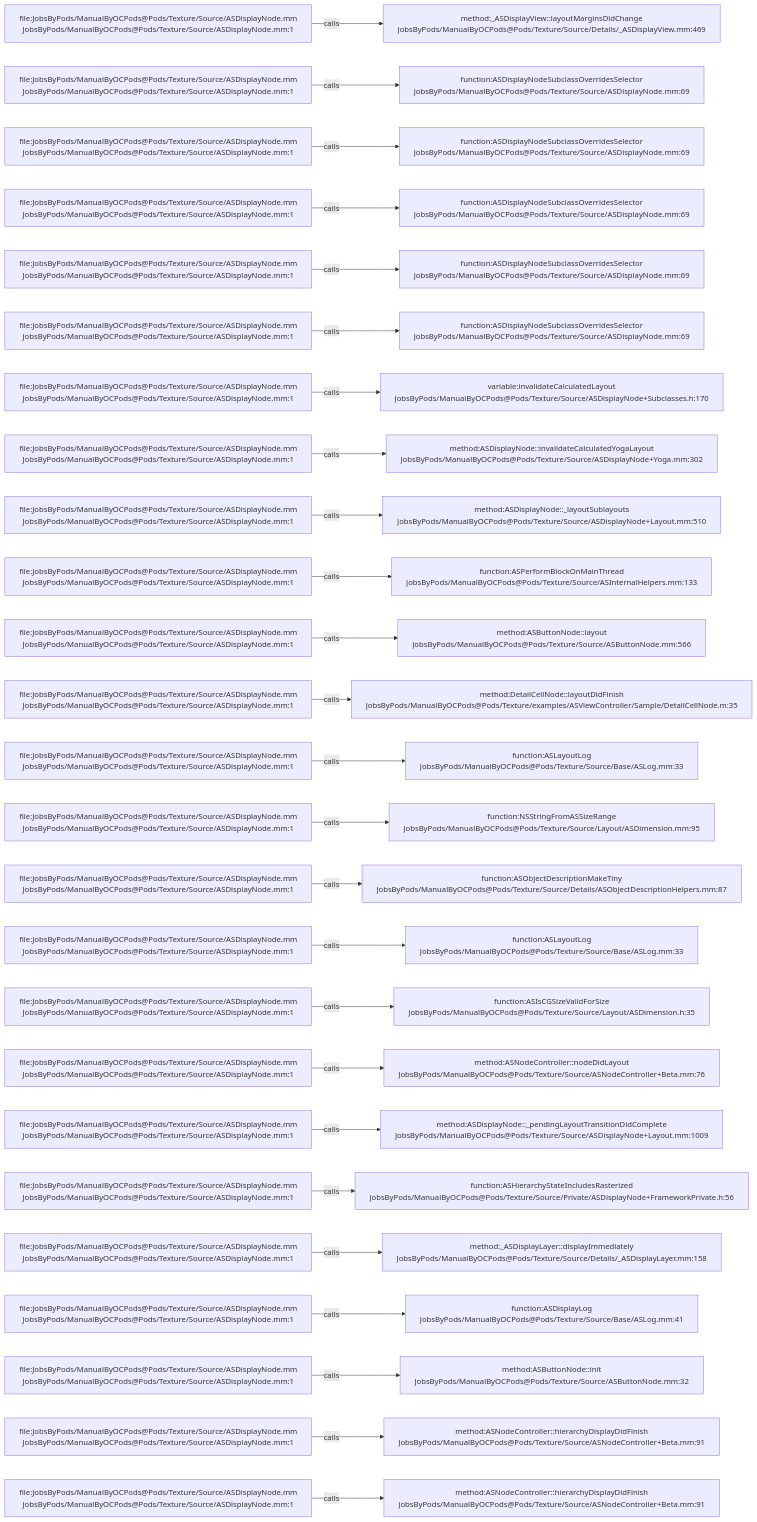
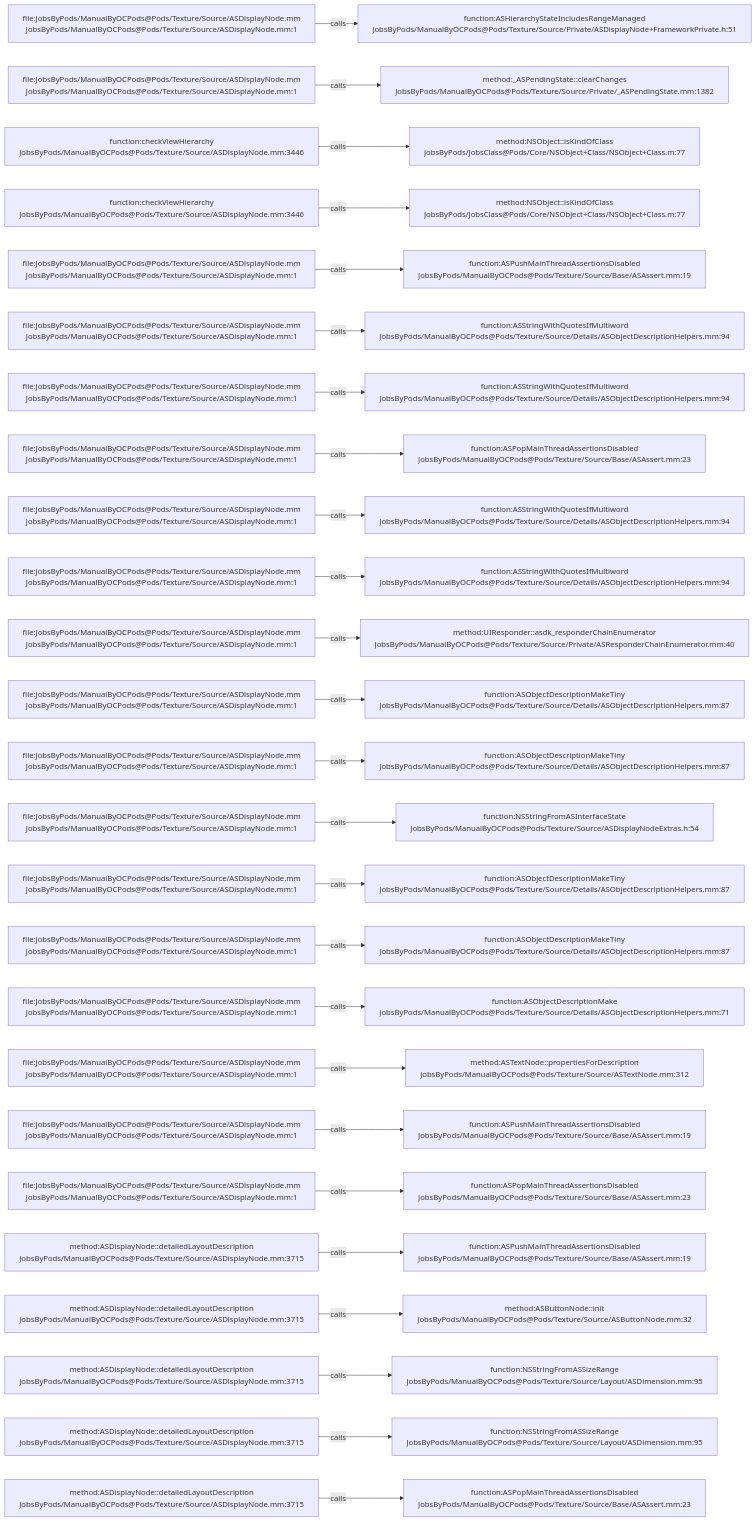
One commit to JobsKits/JobsOCBaseConfigDemo changed the diagram in .codegraph/codegraph.md/graphs/calls-106.md. Above: the diagram before and after it, drawn with Mermaid. The commit also changed 1223 other files, not shown here.

````diff
--- a/.codegraph/codegraph.md/graphs/calls-106.md
+++ b/.codegraph/codegraph.md/graphs/calls-106.md
@@ -13,78 +13,78 @@
 ```mermaid
 flowchart LR
   S1["file:JobsByPods/ManualByOCPods@Pods/Texture/Source/ASDisplayNode.mm<br/>JobsByPods/ManualByOCPods@Pods/Texture/Source/ASDisplayNode.mm:1"]
-  T1["method:_ASDisplayView::layoutMarginsDidChange<br/>JobsByPods/ManualByOCPods@Pods/Texture/Source/Details/_ASDisplayView.mm:469"]
+  T1["function:ASHierarchyStateIncludesRangeManaged<br/>JobsByPods/ManualByOCPods@Pods/Texture/Source/Private/ASDisplayNode+FrameworkPrivate.h:51"]
   S1 -->|calls| T1
   S2["file:JobsByPods/ManualByOCPods@Pods/Texture/Source/ASDisplayNode.mm<br/>JobsByPods/ManualByOCPods@Pods/Texture/Source/ASDisplayNode.mm:1"]
-  T2["function:ASDisplayNodeSubclassOverridesSelector<br/>JobsByPods/ManualByOCPods@Pods/Texture/Source/ASDisplayNode.mm:69"]
+  T2["method:_ASPendingState::clearChanges<br/>JobsByPods/ManualByOCPods@Pods/Texture/Source/Private/_ASPendingState.mm:1382"]
   S2 -->|calls| T2
-  S3["file:JobsByPods/ManualByOCPods@Pods/Texture/Source/ASDisplayNode.mm<br/>JobsByPods/ManualByOCPods@Pods/Texture/Source/ASDisplayNode.mm:1"]
-  T3["function:ASDisplayNodeSubclassOverridesSelector<br/>JobsByPods/ManualByOCPods@Pods/Texture/Source/ASDisplayNode.mm:69"]
+  S3["function:checkViewHierarchy<br/>JobsByPods/ManualByOCPods@Pods/Texture/Source/ASDisplayNode.mm:3446"]
+  T3["method:NSObject::isKindOfClass<br/>JobsByPods/JobsClass@Pods/Core/NSObject+Class/NSObject+Class.m:77"]
   S3 -->|calls| T3
-  S4["file:JobsByPods/ManualByOCPods@Pods/Texture/Source/ASDisplayNode.mm<br/>JobsByPods/ManualByOCPods@Pods/Texture/Source/ASDisplayNode.mm:1"]
-  T4["function:ASDisplayNodeSubclassOverridesSelector<br/>JobsByPods/ManualByOCPods@Pods/Texture/Source/ASDisplayNode.mm:69"]
+  S4["function:checkViewHierarchy<br/>JobsByPods/ManualByOCPods@Pods/Texture/Source/ASDisplayNode.mm:3446"]
+  T4["method:NSObject::isKindOfClass<br/>JobsByPods/JobsClass@Pods/Core/NSObject+Class/NSObject+Class.m:77"]
   S4 -->|calls| T4
   S5["file:JobsByPods/ManualByOCPods@Pods/Texture/Source/ASDisplayNode.mm<br/>JobsByPods/ManualByOCPods@Pods/Texture/Source/ASDisplayNode.mm:1"]
-  T5["function:ASDisplayNodeSubclassOverridesSelector<br/>JobsByPods/ManualByOCPods@Pods/Texture/Source/ASDisplayNode.mm:69"]
+  T5["function:ASPushMainThreadAssertionsDisabled<br/>JobsByPods/ManualByOCPods@Pods/Texture/Source/Base/ASAssert.mm:19"]
   S5 -->|calls| T5
   S6["file:JobsByPods/ManualByOCPods@Pods/Texture/Source/ASDisplayNode.mm<br/>JobsByPods/ManualByOCPods@Pods/Texture/Source/ASDisplayNode.mm:1"]
-  T6["function:ASDisplayNodeSubclassOverridesSelector<br/>JobsByPods/ManualByOCPods@Pods/Texture/Source/ASDisplayNode.mm:69"]
+  T6["function:ASStringWithQuotesIfMultiword<br/>JobsByPods/ManualByOCPods@Pods/Texture/Source/Details/ASObjectDescriptionHelpers.mm:94"]
   S6 -->|calls| T6
   S7["file:JobsByPods/ManualByOCPods@Pods/Texture/Source/ASDisplayNode.mm<br/>JobsByPods/ManualByOCPods@Pods/Texture/Source/ASDisplayNode.mm:1"]
-  T7["variable:invalidateCalculatedLayout<br/>JobsByPods/ManualByOCPods@Pods/Texture/Source/ASDisplayNode+Subclasses.h:170"]
+  T7["function:ASStringWithQuotesIfMultiword<br/>JobsByPods/ManualByOCPods@Pods/Texture/Source/Details/ASObjectDescriptionHelpers.mm:94"]
   S7 -->|calls| T7
   S8["file:JobsByPods/ManualByOCPods@Pods/Texture/Source/ASDisplayNode.mm<br/>JobsByPods/ManualByOCPods@Pods/Texture/Source/ASDisplayNode.mm:1"]
-  T8["method:ASDisplayNode::invalidateCalculatedYogaLayout<br/>JobsByPods/ManualByOCPods@Pods/Texture/Source/ASDisplayNode+Yoga.mm:302"]
+  T8["function:ASPopMainThreadAssertionsDisabled<br/>JobsByPods/ManualByOCPods@Pods/Texture/Source/Base/ASAssert.mm:23"]
   S8 -->|calls| T8
   S9["file:JobsByPods/ManualByOCPods@Pods/Texture/Source/ASDisplayNode.mm<br/>JobsByPods/ManualByOCPods@Pods/Texture/Source/ASDisplayNode.mm:1"]
-  T9["method:ASDisplayNode::_layoutSublayouts<br/>JobsByPods/ManualByOCPods@Pods/Texture/Source/ASDisplayNode+Layout.mm:510"]
+  T9["function:ASStringWithQuotesIfMultiword<br/>JobsByPods/ManualByOCPods@Pods/Texture/Source/Details/ASObjectDescriptionHelpers.mm:94"]
   S9 -->|calls| T9
   S10["file:JobsByPods/ManualByOCPods@Pods/Texture/Source/ASDisplayNode.mm<br/>JobsByPods/ManualByOCPods@Pods/Texture/Source/ASDisplayNode.mm:1"]
-  T10["function:ASPerformBlockOnMainThread<br/>JobsByPods/ManualByOCPods@Pods/Texture/Source/ASInternalHelpers.mm:133"]
+  T10["function:ASStringWithQuotesIfMultiword<br/>JobsByPods/ManualByOCPods@Pods/Texture/Source/Details/ASObjectDescriptionHelpers.mm:94"]
   S10 -->|calls| T10
   S11["file:JobsByPods/ManualByOCPods@Pods/Texture/Source/ASDisplayNode.mm<br/>JobsByPods/ManualByOCPods@Pods/Texture/Source/ASDisplayNode.mm:1"]
-  T11["method:ASButtonNode::layout<br/>JobsByPods/ManualByOCPods@Pods/Texture/Source/ASButtonNode.mm:566"]
+  T11["method:UIResponder::asdk_responderChainEnumerator<br/>JobsByPods/ManualByOCPods@Pods/Texture/Source/Private/ASResponderChainEnumerator.mm:40"]
   S11 -->|calls| T11
   S12["file:JobsByPods/ManualByOCPods@Pods/Texture/Source/ASDisplayNode.mm<br/>JobsByPods/ManualByOCPods@Pods/Texture/Source/ASDisplayNode.mm:1"]
-  T12["method:DetailCellNode::layoutDidFinish<br/>JobsByPods/ManualByOCPods@Pods/Texture/examples/ASViewController/Sample/DetailCellNode.m:35"]
+  T12["function:ASObjectDescriptionMakeTiny<br/>JobsByPods/ManualByOCPods@Pods/Texture/Source/Details/ASObjectDescriptionHelpers.mm:87"]
   S12 -->|calls| T12
   S13["file:JobsByPods/ManualByOCPods@Pods/Texture/Source/ASDisplayNode.mm<br/>JobsByPods/ManualByOCPods@Pods/Texture/Source/ASDisplayNode.mm:1"]
-  T13["function:ASLayoutLog<br/>JobsByPods/ManualByOCPods@Pods/Texture/Source/Base/ASLog.mm:33"]
+  T13["function:ASObjectDescriptionMakeTiny<br/>JobsByPods/ManualByOCPods@Pods/Texture/Source/Details/ASObjectDescriptionHelpers.mm:87"]
   S13 -->|calls| T13
   S14["file:JobsByPods/ManualByOCPods@Pods/Texture/Source/ASDisplayNode.mm<br/>JobsByPods/ManualByOCPods@Pods/Texture/Source/ASDisplayNode.mm:1"]
-  T14["function:NSStringFromASSizeRange<br/>JobsByPods/ManualByOCPods@Pods/Texture/Source/Layout/ASDimension.mm:95"]
+  T14["function:NSStringFromASInterfaceState<br/>JobsByPods/ManualByOCPods@Pods/Texture/Source/ASDisplayNodeExtras.h:54"]
   S14 -->|calls| T14
   S15["file:JobsByPods/ManualByOCPods@Pods/Texture/Source/ASDisplayNode.mm<br/>JobsByPods/ManualByOCPods@Pods/Texture/Source/ASDisplayNode.mm:1"]
   T15["function:ASObjectDescriptionMakeTiny<br/>JobsByPods/ManualByOCPods@Pods/Texture/Source/Details/ASObjectDescriptionHelpers.mm:87"]
   S15 -->|calls| T15
   S16["file:JobsByPods/ManualByOCPods@Pods/Texture/Source/ASDisplayNode.mm<br/>JobsByPods/ManualByOCPods@Pods/Texture/Source/ASDisplayNode.mm:1"]
-  T16["function:ASLayoutLog<br/>JobsByPods/ManualByOCPods@Pods/Texture/Source/Base/ASLog.mm:33"]
+  T16["function:ASObjectDescriptionMakeTiny<br/>JobsByPods/ManualByOCPods@Pods/Texture/Source/Details/ASObjectDescriptionHelpers.mm:87"]
   S16 -->|calls| T16
   S17["file:JobsByPods/ManualByOCPods@Pods/Texture/Source/ASDisplayNode.mm<br/>JobsByPods/ManualByOCPods@Pods/Texture/Source/ASDisplayNode.mm:1"]
-  T17["function:ASIsCGSizeValidForSize<br/>JobsByPods/ManualByOCPods@Pods/Texture/Source/Layout/ASDimension.h:35"]
+  T17["function:ASObjectDescriptionMake<br/>JobsByPods/ManualByOCPods@Pods/Texture/Source/Details/ASObjectDescriptionHelpers.mm:71"]
   S17 -->|calls| T17
   S18["file:JobsByPods/ManualByOCPods@Pods/Texture/Source/ASDisplayNode.mm<br/>JobsByPods/ManualByOCPods@Pods/Texture/Source/ASDisplayNode.mm:1"]
-  T18["method:ASNodeController::nodeDidLayout<br/>JobsByPods/ManualByOCPods@Pods/Texture/Source/ASNodeController+Beta.mm:76"]
+  T18["method:ASTextNode::propertiesForDescription<br/>JobsByPods/ManualByOCPods@Pods/Texture/Source/ASTextNode.mm:312"]
   S18 -->|calls| T18
   S19["file:JobsByPods/ManualByOCPods@Pods/Texture/Source/ASDisplayNode.mm<br/>JobsByPods/ManualByOCPods@Pods/Texture/Source/ASDisplayNode.mm:1"]
-  T19["method:ASDisplayNode::_pendingLayoutTransitionDidComplete<br/>JobsByPods/ManualByOCPods@Pods/Texture/Source/ASDisplayNode+Layout.mm:1009"]
+  T19["function:ASPushMainThreadAssertionsDisabled<br/>JobsByPods/ManualByOCPods@Pods/Texture/Source/Base/ASAssert.mm:19"]
   S19 -->|calls| T19
   S20["file:JobsByPods/ManualByOCPods@Pods/Texture/Source/ASDisplayNode.mm<br/>JobsByPods/ManualByOCPods@Pods/Texture/Source/ASDisplayNode.mm:1"]
-  T20["function:ASHierarchyStateIncludesRasterized<br/>JobsByPods/ManualByOCPods@Pods/Texture/Source/Private/ASDisplayNode+FrameworkPrivate.h:56"]
+  T20["function:ASPopMainThreadAssertionsDisabled<br/>JobsByPods/ManualByOCPods@Pods/Texture/Source/Base/ASAssert.mm:23"]
   S20 -->|calls| T20
-  S21["file:JobsByPods/ManualByOCPods@Pods/Texture/Source/ASDisplayNode.mm<br/>JobsByPods/ManualByOCPods@Pods/Texture/Source/ASDisplayNode.mm:1"]
-  T21["method:_ASDisplayLayer::displayImmediately<br/>JobsByPods/ManualByOCPods@Pods/Texture/Source/Details/_ASDisplayLayer.mm:158"]
+  S21["method:ASDisplayNode::detailedLayoutDescription<br/>JobsByPods/ManualByOCPods@Pods/Texture/Source/ASDisplayNode.mm:3715"]
+  T21["function:ASPushMainThreadAssertionsDisabled<br/>JobsByPods/ManualByOCPods@Pods/Texture/Source/Base/ASAssert.mm:19"]
   S21 -->|calls| T21
-  S22["file:JobsByPods/ManualByOCPods@Pods/Texture/Source/ASDisplayNode.mm<br/>JobsByPods/ManualByOCPods@Pods/Texture/Source/ASDisplayNode.mm:1"]
-  T22["function:ASDisplayLog<br/>JobsByPods/ManualByOCPods@Pods/Texture/Source/Base/ASLog.mm:41"]
+  S22["method:ASDisplayNode::detailedLayoutDescription<br/>JobsByPods/ManualByOCPods@Pods/Texture/Source/ASDisplayNode.mm:3715"]
+  T22["method:ASButtonNode::init<br/>JobsByPods/ManualByOCPods@Pods/Texture/Source/ASButtonNode.mm:32"]
   S22 -->|calls| T22
-  S23["file:JobsByPods/ManualByOCPods@Pods/Texture/Source/ASDisplayNode.mm<br/>JobsByPods/ManualByOCPods@Pods/Texture/Source/ASDisplayNode.mm:1"]
-  T23["method:ASButtonNode::init<br/>JobsByPods/ManualByOCPods@Pods/Texture/Source/ASButtonNode.mm:32"]
+  S23["method:ASDisplayNode::detailedLayoutDescription<br/>JobsByPods/ManualByOCPods@Pods/Texture/Source/ASDisplayNode.mm:3715"]
+  T23["function:NSStringFromASSizeRange<br/>JobsByPods/ManualByOCPods@Pods/Texture/Source/Layout/ASDimension.mm:95"]
   S23 -->|calls| T23
-  S24["file:JobsByPods/ManualByOCPods@Pods/Texture/Source/ASDisplayNode.mm<br/>JobsByPods/ManualByOCPods@Pods/Texture/Source/ASDisplayNode.mm:1"]
-  T24["method:ASNodeController::hierarchyDisplayDidFinish<br/>JobsByPods/ManualByOCPods@Pods/Texture/Source/ASNodeController+Beta.mm:91"]
+  S24["method:ASDisplayNode::detailedLayoutDescription<br/>JobsByPods/ManualByOCPods@Pods/Texture/Source/ASDisplayNode.mm:3715"]
+  T24["function:NSStringFromASSizeRange<br/>JobsByPods/ManualByOCPods@Pods/Texture/Source/Layout/ASDimension.mm:95"]
   S24 -->|calls| T24
-  S25["file:JobsByPods/ManualByOCPods@Pods/Texture/Source/ASDisplayNode.mm<br/>JobsByPods/ManualByOCPods@Pods/Texture/Source/ASDisplayNode.mm:1"]
-  T25["method:ASNodeController::hierarchyDisplayDidFinish<br/>JobsByPods/ManualByOCPods@Pods/Texture/Source/ASNodeController+Beta.mm:91"]
+  S25["method:ASDisplayNode::detailedLayoutDescription<br/>JobsByPods/ManualByOCPods@Pods/Texture/Source/ASDisplayNode.mm:3715"]
+  T25["function:ASPopMainThreadAssertionsDisabled<br/>JobsByPods/ManualByOCPods@Pods/Texture/Source/Base/ASAssert.mm:23"]
   S25 -->|calls| T25
 ```
````
